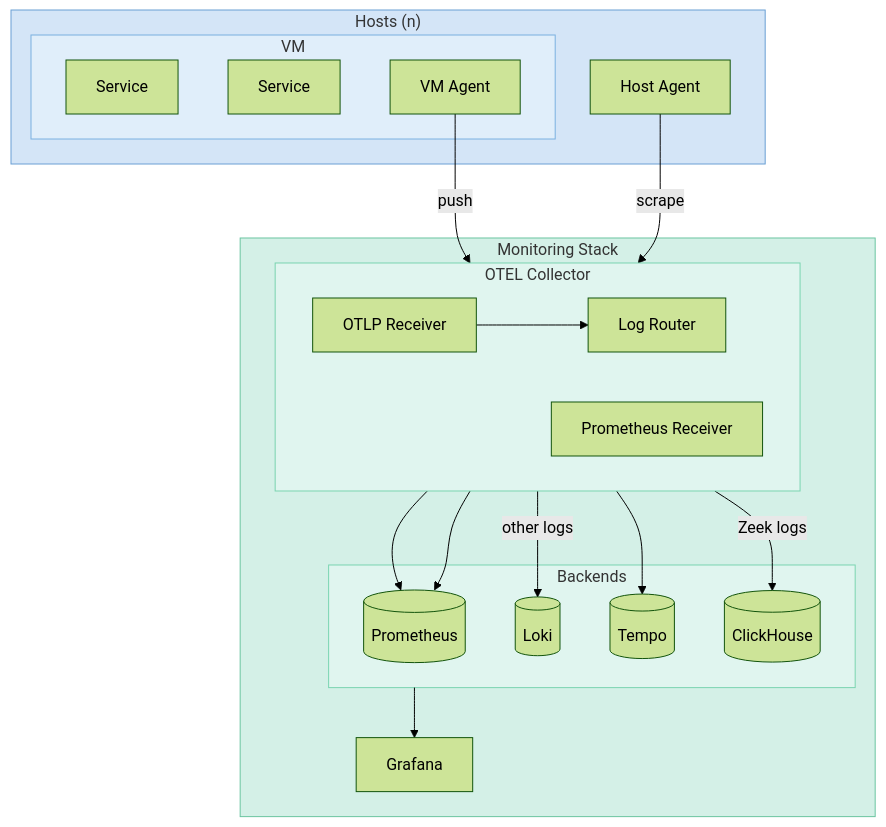
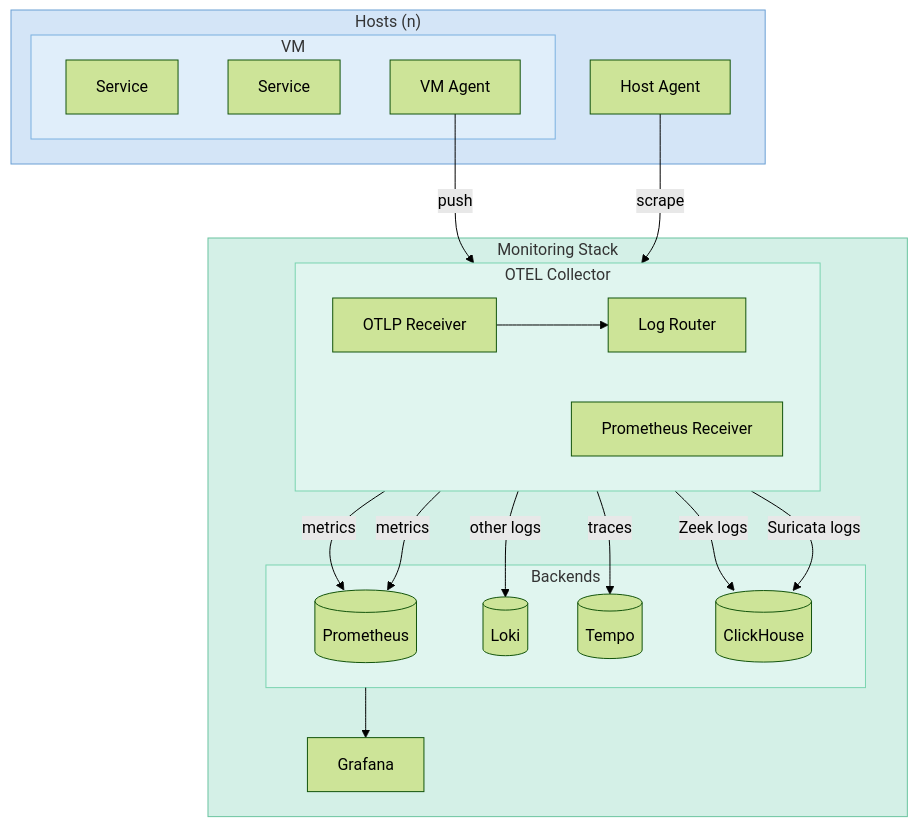
Before and after one commit to shedrachokonofua/aether: the diagram in docs/monitoring.md, drawn with Mermaid (forest theme). The commit also changed other lines of this file and 3 other files, not shown here.

````diff
--- a/docs/monitoring.md
+++ b/docs/monitoring.md
@@ -7,46 +7,47 @@
 ```mermaid
 flowchart TB
     subgraph Hosts["Hosts (n)"]
         Exporter["Host Agent"]
         subgraph VM["VM"]
             App1["Service"]
             App2["Service"]
             Agent["VM Agent"]
         end
     end
 
     Agent -->|push| OTLP
     Exporter -->|scrape| PromRx
 
     subgraph Niobe["Monitoring Stack"]
         subgraph Collector["OTEL Collector"]
             direction LR
             OTLP["OTLP Receiver"]
             PromRx["Prometheus Receiver"]
             Router["Log Router"]
         end
 
         subgraph Backends["Backends"]
             Prometheus[(Prometheus)]
             Loki[(Loki)]
             Tempo[(Tempo)]
             ClickHouse[(ClickHouse)]
         end
 
         Grafana[Grafana]
     end
 
     OTLP --> Router
     Router -->|Zeek logs| ClickHouse
+    Router -->|Suricata logs| ClickHouse
     Router -->|other logs| Loki
-    OTLP --> Prometheus
-    OTLP --> Tempo
-    PromRx --> Prometheus
+    OTLP -->|metrics| Prometheus
+    OTLP -->|traces| Tempo
+    PromRx -->|metrics| Prometheus
     Backends --> Grafana
 
     style Hosts fill:#d4e5f7,stroke:#6a9fd4
     style VM fill:#e0eefa,stroke:#7ab0e0
     style Niobe fill:#d4f0e7,stroke:#6ac4a0
     style Collector fill:#e0f5ef,stroke:#7ad4b0
     style Backends fill:#e0f5ef,stroke:#7ad4b0
 ```
````
